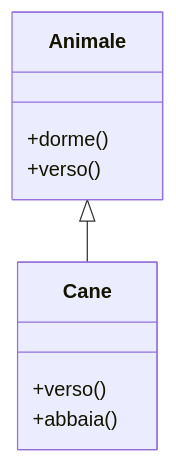
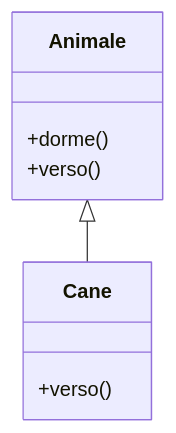
The diagram in 4F_2024-2025/README .md (MattiaMystic/ESERCIZIARIOJAVA), drawn with Mermaid before and after one commit. The commit also changed other lines of this file, not shown here.

````diff
--- a/4F_2024-2025/README .md
+++ b/4F_2024-2025/README .md
@@ -178,12 +390,7 @@
-``` mermaid
+```mermaid
 classDiagram
-class Animale {
-    +dorme()
-    +verso()
-}
-class Cane {
-    +verso()
-    +abbaia()
-}
-Animale <|-- Cane
+    Animale <|-- Cane
+    Animale : +dorme()
+    Animale : +verso()
+    Cane : +verso()
 ```
````
